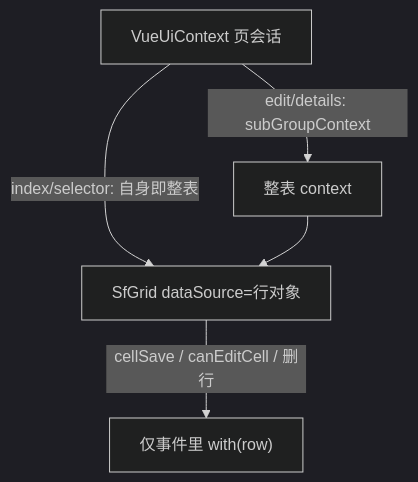
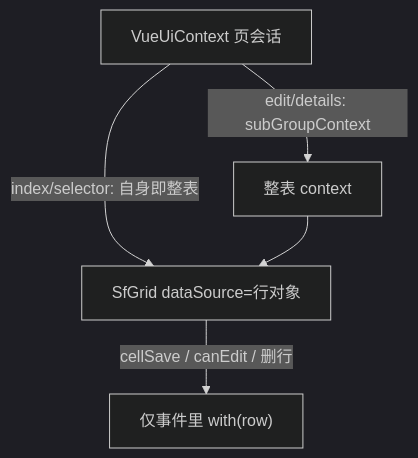
Before and after one commit to Roy7611/mmda-vue: the first of 4 diagrams in packages/vui-syncfusion/docs/sf-grid-design.md, drawn with Mermaid (dark theme). The commit also changed other lines of this file and 492 other files, not shown here.

````diff
--- a/packages/vui-syncfusion/docs/sf-grid-design.md
+++ b/packages/vui-syncfusion/docs/sf-grid-design.md
@@ -41,11 +41,11 @@
 ```mermaid
 flowchart TB
   page["VueUiContext 页会话"]
   tableCtx["整表 context"]
   grid["SfGrid dataSource=行对象"]
   rowEvt["仅事件里 with(row)"]
   page -->|"index/selector: 自身即整表"| grid
   page -->|"edit/details: subGroupContext"| tableCtx
   tableCtx --> grid
-  grid -->|"cellSave / canEditCell / 删行"| rowEvt
+  grid -->|"cellSave / canEdit / 删行"| rowEvt
 ```
````
